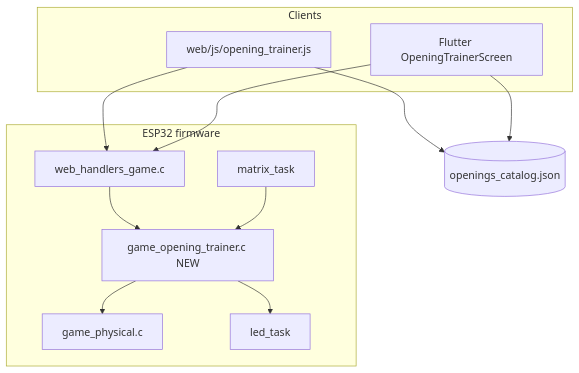
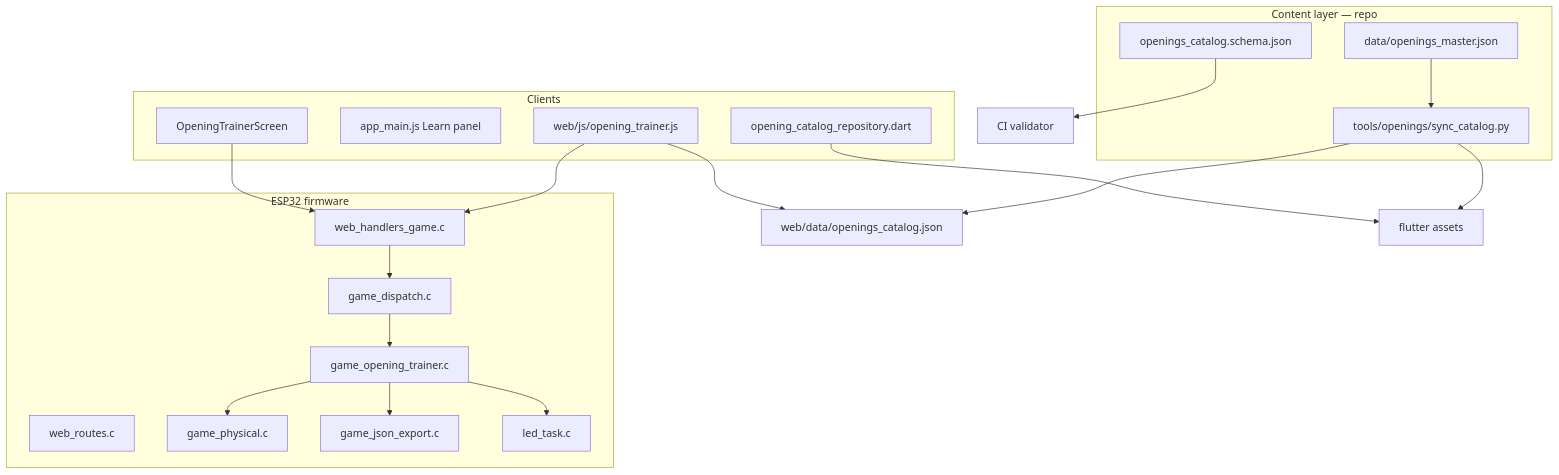
Before and after one commit to AlfredKrutina/chess_esp32_c6_devkit: the third of 3 diagrams in docs/reference/OPENING_TRAINING_PLAN.md, drawn with Mermaid. The commit also changed other lines of this file, not shown here.

First line of the commit message:
docs: upgrade opening trainer plan to v2

````diff
--- a/docs/reference/OPENING_TRAINING_PLAN.md
+++ b/docs/reference/OPENING_TRAINING_PLAN.md
@@ -115,23 +237,36 @@
 ```mermaid
 flowchart TB
+  subgraph content [Content layer — repo]
+    Master[data/openings_master.json]
+    Script[tools/openings/sync_catalog.py]
+    Schema[openings_catalog.schema.json]
+  end
   subgraph clients [Clients]
-    Web[web/js/opening_trainer.js]
-    Fl[Flutter OpeningTrainerScreen]
+    WebMod[web/js/opening_trainer.js]
+    WebUI[app_main.js Learn panel]
+    FlRepo[opening_catalog_repository.dart]
+    FlUI[OpeningTrainerScreen]
   end
   subgraph esp [ESP32 firmware]
-    API[web_handlers_game.c]
-    GT[game_opening_trainer.c NEW]
+    Routes[web_routes.c]
+    Handler[web_handlers_game.c]
+    Dispatch[game_dispatch.c]
+    OT[game_opening_trainer.c]
     Phys[game_physical.c]
-    LED[led_task]
-    Mat[matrix_task]
+    JSON[game_json_export.c]
+    LED[led_task.c]
   end
-  Catalog[(openings_catalog.json)]
-  Web --> Catalog
-  Fl --> Catalog
-  Web --> API
-  Fl --> API
-  API --> GT
-  GT --> Phys
-  GT --> LED
-  Mat --> GT
+  Master --> Script
+  Script --> WebData[web/data/openings_catalog.json]
+  Script --> FlAssets[flutter assets]
+  Schema --> CI[CI validator]
+  WebMod --> WebData
+  FlRepo --> FlAssets
+  WebMod --> Handler
+  FlUI --> Handler
+  Handler --> Dispatch
+  Dispatch --> OT
+  OT --> Phys
+  OT --> LED
+  OT --> JSON
 ```
````
